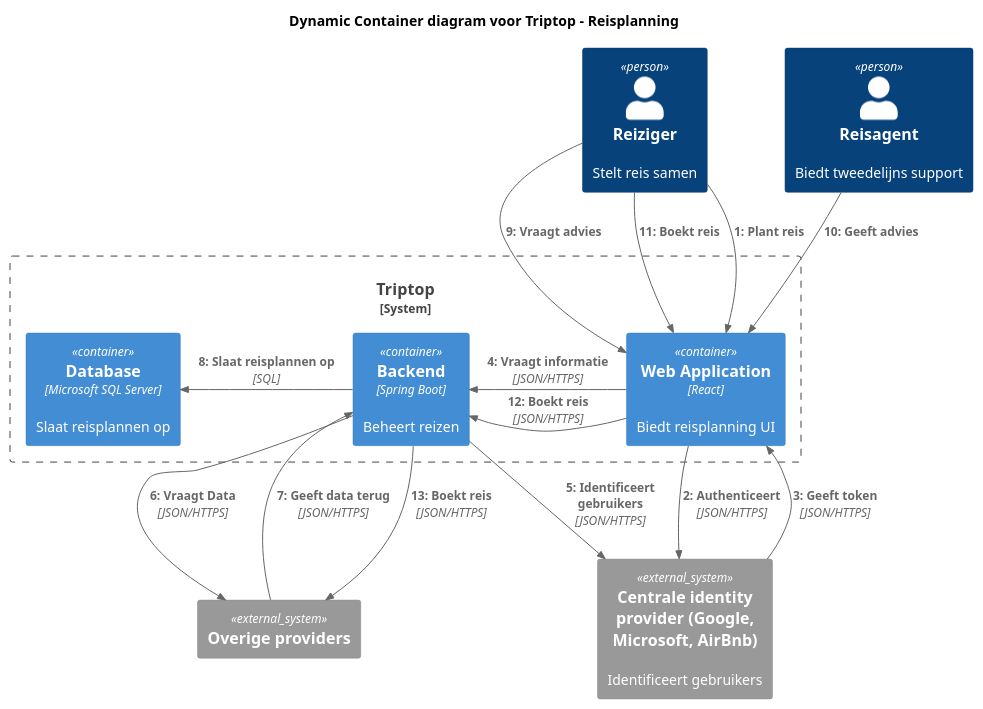
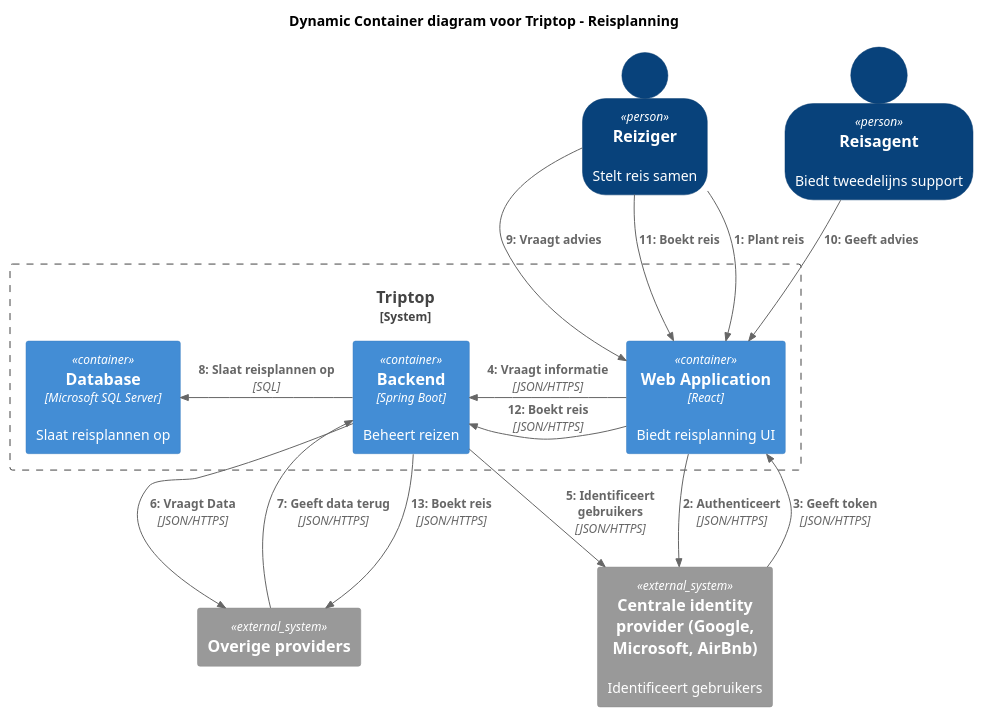
The diagram in c4 dynamische container diagram.puml (AIM-ENE-feb25/triptop-groep-tweeeeeeeeeeeeeeeeeeeeee), drawn with PlantUML before and after one commit. The commit also changed 1 other file, not shown here.

```diff
--- a/c4 dynamische container diagram.puml
+++ b/c4 dynamische container diagram.puml
@@ -1,38 +1,40 @@
 @startuml "Triptop Dynamic Container Diagram"
 
 !include https://raw.githubusercontent.com/plantuml-stdlib/C4-PlantUML/master/C4_Container.puml
 !include https://raw.githubusercontent.com/plantuml-stdlib/C4-PlantUML/master/C4_Dynamic.puml
 
 title Dynamic Container diagram voor Triptop - Reisplanning
+
+SHOW_PERSON_OUTLINE()
 
 Person(reiziger, "Reiziger", "Stelt reis samen")
 Person(reisagent, "Reisagent", "Biedt tweedelijns support")
 
 System_Boundary(triptop_system, "Triptop") {
   Container(frontend, "Web Application", "React", "Biedt reisplanning UI")
   Container(backend, "Backend", "Spring Boot", "Beheert reizen")
   Container(db, "Database", "Microsoft SQL Server", "Slaat reisplannen op")
 }
 
 System_Ext(centrale_identity_provider, "Centrale identity provider (Google, Microsoft, AirBnb)", "Identificeert gebruikers")
 System_Ext(overige_providers, "Overige providers")
 
 Rel_D(reiziger, frontend, "Plant reis")
 Rel_D(frontend, centrale_identity_provider, "Authenticeert", "JSON/HTTPS")
 Rel(centrale_identity_provider, frontend, "Geeft token","JSON/HTTPS")
 Rel_L(frontend, backend, "Vraagt informatie", "JSON/HTTPS")
 Rel_D(backend, centrale_identity_provider, "Identificeert gebruikers", "JSON/HTTPS")
 Rel_D(backend, overige_providers, "Vraagt Data", "JSON/HTTPS")
 Rel_U(overige_providers, backend, "Geeft data terug","JSON/HTTPS")
 Rel_L(backend, db, "Slaat reisplannen op", "SQL")
 Rel_D(reiziger, frontend, "Vraagt advies")
 Rel_D(reisagent, frontend, "Geeft advies")
 Rel_D(reiziger, frontend, "Boekt reis")
 Rel_L(frontend, backend, "Boekt reis", "JSON/HTTPS")
 Rel_D(backend, overige_providers, "Boekt reis", "JSON/HTTPS")
 
 
 
 
 
 @enduml
```
